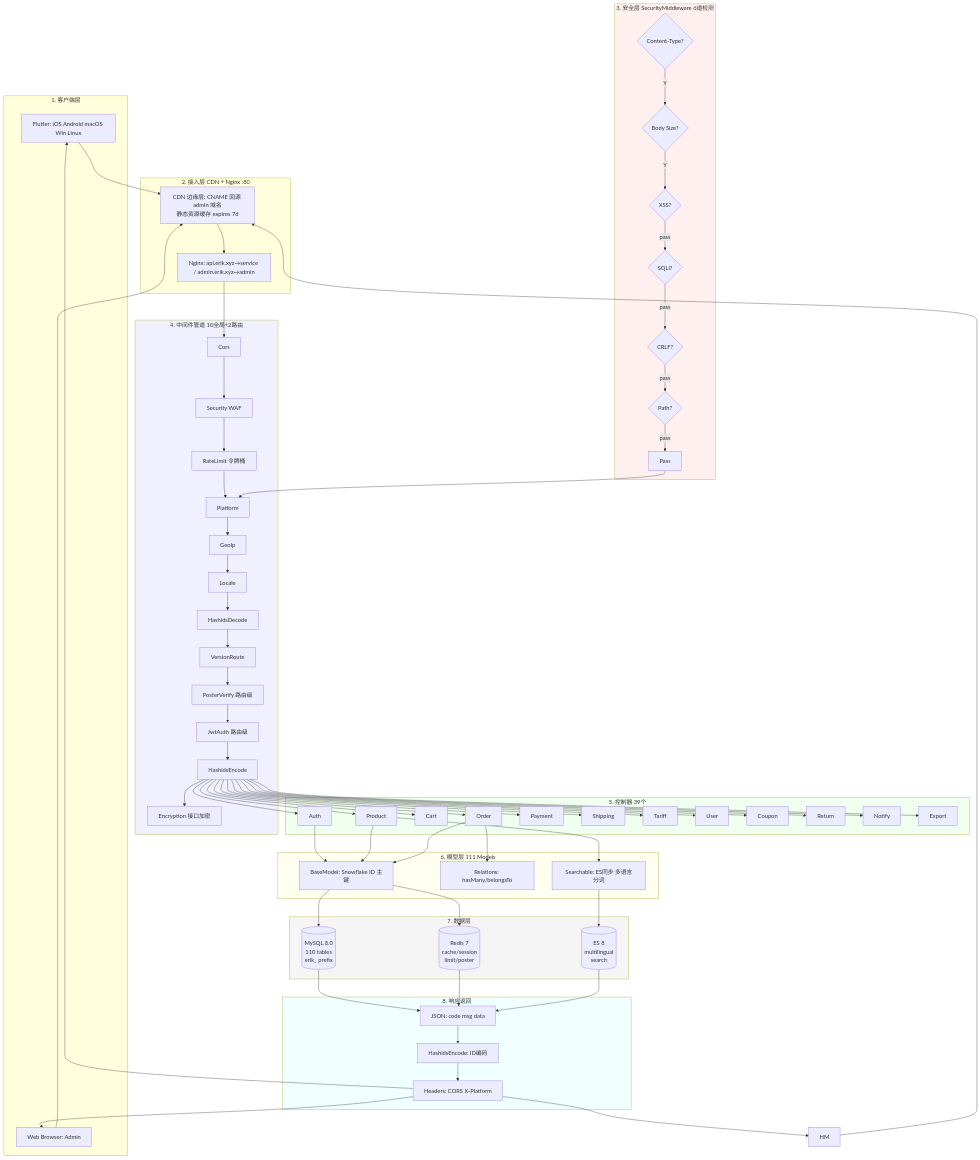
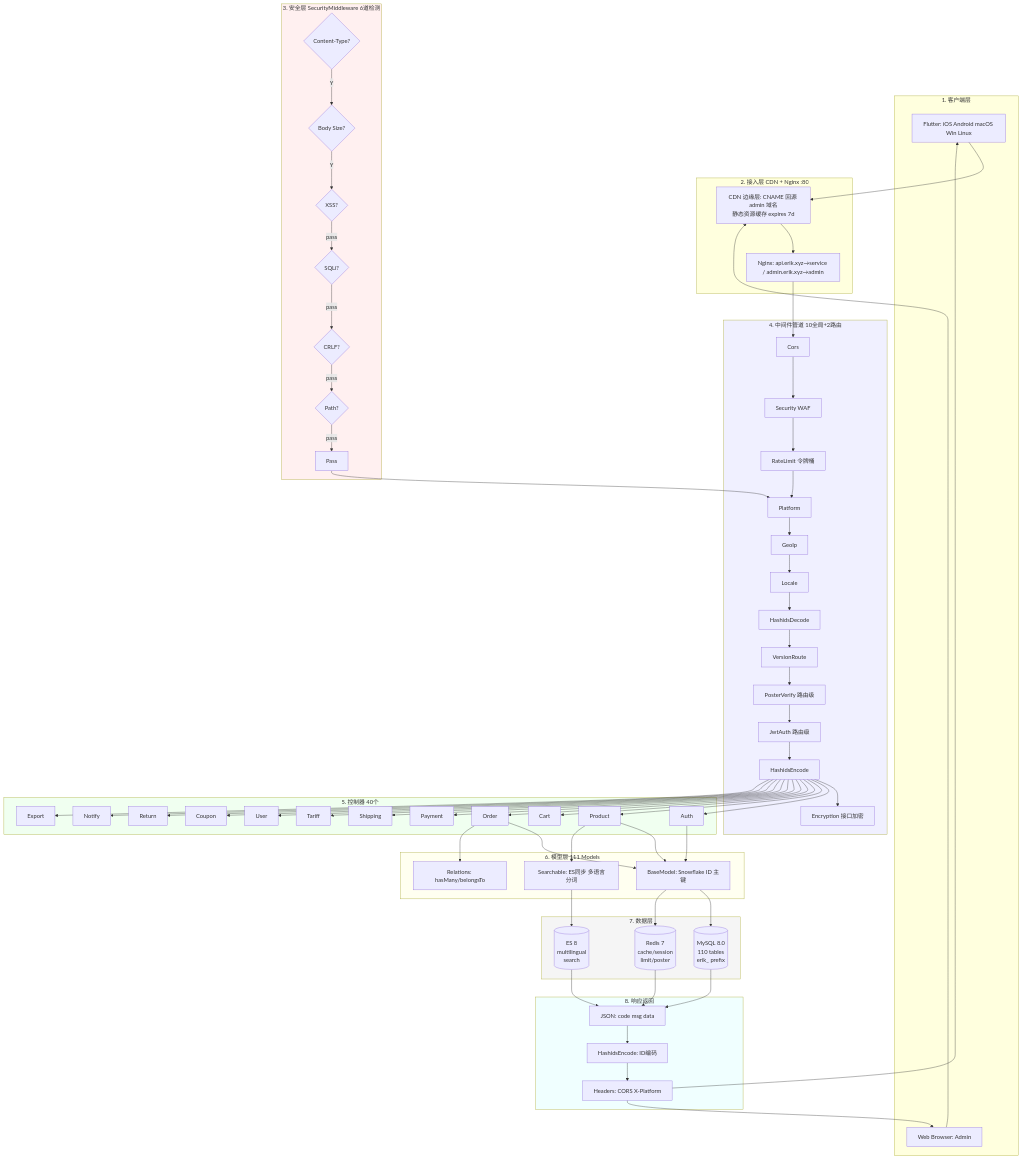
The second of 6 diagrams in docs/architecture-full.md (erikwang2013/erik-shop), drawn with Mermaid before and after one commit. The commit also changed other lines of this file and 383 other files, not shown here.

Commit message:
文档：仅保留中英文 README，清理已移除功能与过时图片

````diff
--- a/docs/architecture-full.md
+++ b/docs/architecture-full.md
@@ -69,73 +69,73 @@
 ```mermaid
 graph TB
     subgraph Clients["1. 客户端层"]
         FL[Flutter: iOS Android macOS Win Linux]
         WB[Web Browser: Admin]
     end
     subgraph Gateway["2. 接入层 CDN + Nginx :80"]
         CDN[CDN 边缘层: CNAME 回源 admin 域名<br/>静态资源缓存 expires 7d]
         NG[Nginx: api.erik.xyz→service / admin.erik.xyz→admin]
     end
     subgraph Security["3. 安全层 SecurityMiddleware 6道检测"]
         CT{Content-Type?} -->|Y| BS{Body Size?}
         BS -->|Y| XS{XSS?}
         XS -->|pass| SQ{SQLi?}
         SQ -->|pass| CR{CRLF?}
         CR -->|pass| PT{Path?}
         PT -->|pass| PASS[Pass]
     end
     subgraph Pipeline["4. 中间件管道 10全局+2路由"]
         CORS[Cors] --> SEC[Security WAF]
         SEC --> RATE[RateLimit 令牌桶]
         RATE --> PLAT[Platform]
         PLAT --> GEO[GeoIp]
         GEO --> LOC[Locale]
         LOC --> HDEC[HashidsDecode]
         HDEC --> VER[VersionRoute]
         VER --> POSTV[PosterVerify 路由级]
         POSTV --> JWT[JwtAuth 路由级]
         JWT --> HENC[HashidsEncode]
         HENC --> ENC[Encryption 接口加密]
     end
-    subgraph Controllers["5. 控制器 39个"]
+    subgraph Controllers["5. 控制器 40个"]
         AUTH[Auth] & PROD[Product] & CART[Cart]
         ORD[Order] & PAY[Payment] & SHIP[Shipping]
         TARI[Tariff] & USER[User] & COUP[Coupon]
         RET[Return] & NOTI[Notify] & EXPORT[Export]
     end
     subgraph Models["6. 模型层 111 Models"]
         BM[BaseModel: Snowflake ID 主键]
         REL[Relations: hasMany/belongsTo]
         SRCH[Searchable: ES同步 多语言分词]
     end
     subgraph Data["7. 数据层"]
         MySQL[(MySQL 8.0<br/>110 tables<br/>erik_ prefix)]
         Redis[(Redis 7<br/>cache/session<br/>limit/poster)]
         ES[(ES 8<br/>multilingual<br/>search)]
     end
     subgraph Response["8. 响应返回"]
         JSON[JSON: code msg data]
         OUTENC[HashidsEncode: ID编码]
         HEADERS[Headers: CORS X-Platform]
     end
 
-    FL & HM & WB --> CDN --> NG
+    FL & WB --> CDN --> NG
     NG --> CORS
     PASS --> PLAT
     HENC --> AUTH & PROD & CART & ORD & PAY & SHIP & TARI & USER & COUP & RET & NOTI & EXPORT
     AUTH & PROD & ORD --> BM
     ORD --> REL
     PROD --> SRCH
     BM --> MySQL & Redis
     SRCH --> ES
     MySQL & Redis & ES --> JSON
     JSON --> OUTENC --> HEADERS
-    HEADERS --> FL & HM & WB
+    HEADERS --> FL & WB
 
     style Security fill:#fff0f0
     style Pipeline fill:#f0f0ff
     style Controllers fill:#f0fff0
     style Models fill:#fffff0
     style Data fill:#f5f5f5
     style Response fill:#f0ffff
 ```
````
